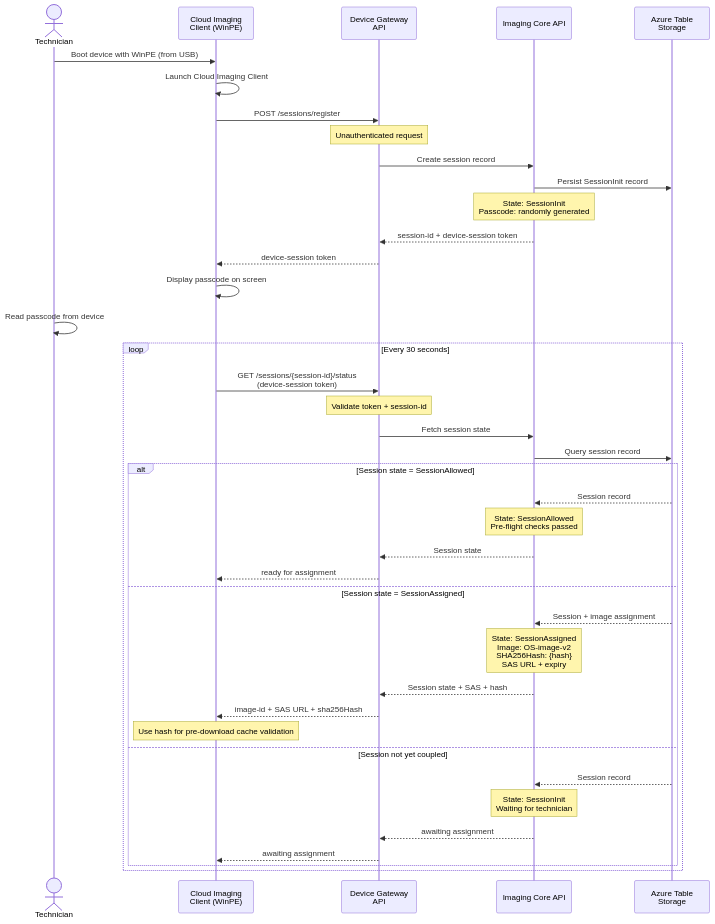
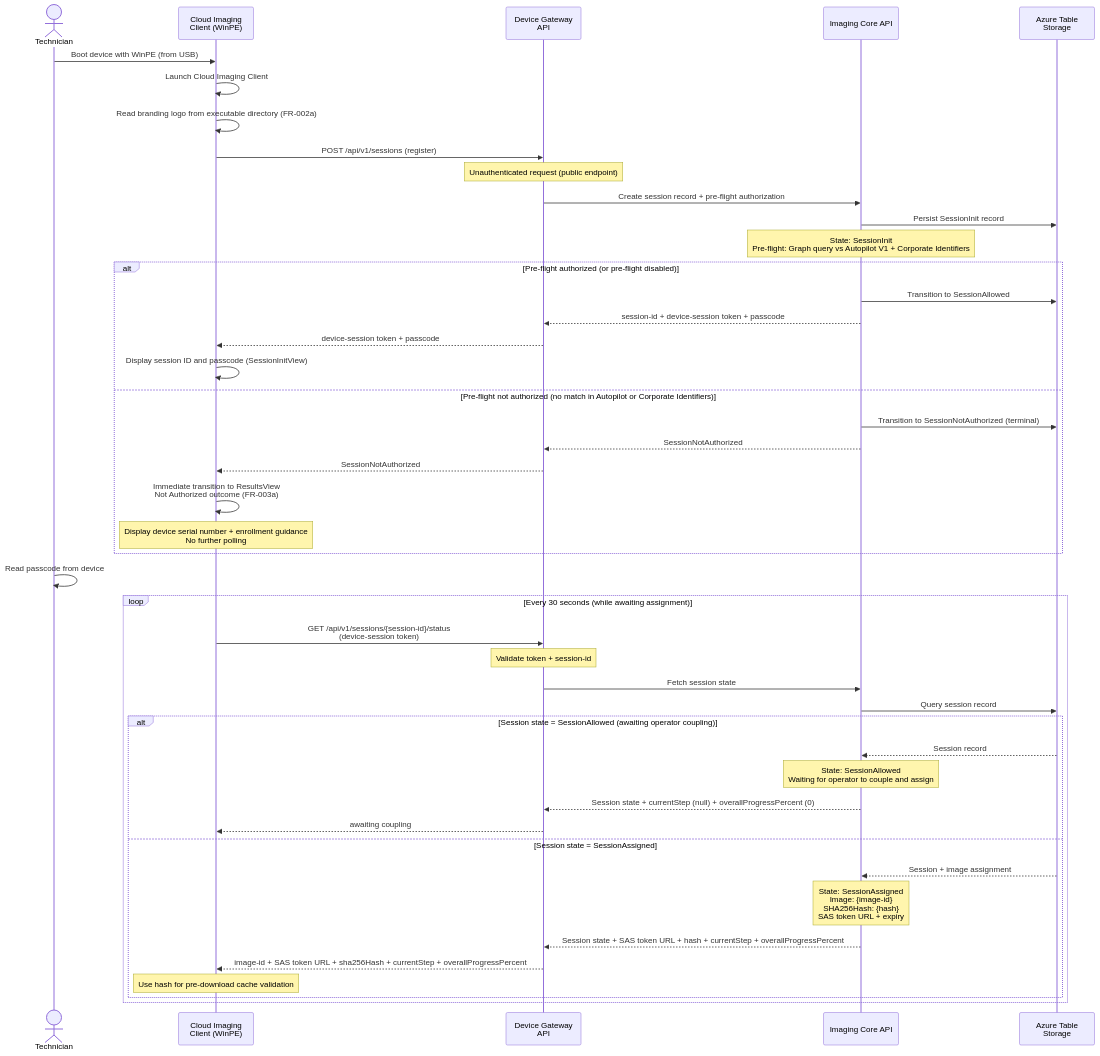
The diagram in specs/001-cloud-windows-imaging/diagrams/device-session-init-and-polling.md (MSEndpointMgr/CloudImaging), drawn with Mermaid before and after one commit. The commit also changed other lines of this file and 22 other files, not shown here.

````diff
--- a/specs/001-cloud-windows-imaging/diagrams/device-session-init-and-polling.md
+++ b/specs/001-cloud-windows-imaging/diagrams/device-session-init-and-polling.md
@@ -5,47 +5,52 @@
 ```mermaid
 sequenceDiagram
     actor Tech as Technician
     participant ClientWinPE as Cloud Imaging<br/>Client (WinPE)
     participant DeviceGW as Device Gateway<br/>API
     participant ImagingCore as Imaging Core API
     participant Storage as Azure Table<br/>Storage
 
     Tech->>ClientWinPE: Boot device with WinPE (from USB)
     ClientWinPE->>ClientWinPE: Launch Cloud Imaging Client
+    ClientWinPE->>ClientWinPE: Read branding logo from executable directory (FR-002a)
     
-    ClientWinPE->>DeviceGW: POST /sessions/register
-    Note over DeviceGW: Unauthenticated request
-    DeviceGW->>ImagingCore: Create session record
+    ClientWinPE->>DeviceGW: POST /api/v1/sessions (register)
+    Note over DeviceGW: Unauthenticated request (public endpoint)
+    DeviceGW->>ImagingCore: Create session record + pre-flight authorization
     ImagingCore->>Storage: Persist SessionInit record
-    Note over ImagingCore: State: SessionInit<br/>Passcode: randomly generated
+    Note over ImagingCore: State: SessionInit<br/>Pre-flight: Graph query vs Autopilot V1 + Corporate Identifiers
     
-    ImagingCore-->>DeviceGW: session-id + device-session token
-    DeviceGW-->>ClientWinPE: device-session token
-    ClientWinPE->>ClientWinPE: Display passcode on screen
+    alt Pre-flight authorized (or pre-flight disabled)
+        ImagingCore->>Storage: Transition to SessionAllowed
+        ImagingCore-->>DeviceGW: session-id + device-session token + passcode
+        DeviceGW-->>ClientWinPE: device-session token + passcode
+        ClientWinPE->>ClientWinPE: Display session ID and passcode (SessionInitView)
+    else Pre-flight not authorized (no match in Autopilot or Corporate Identifiers)
+        ImagingCore->>Storage: Transition to SessionNotAuthorized (terminal)
+        ImagingCore-->>DeviceGW: SessionNotAuthorized
+        DeviceGW-->>ClientWinPE: SessionNotAuthorized
+        ClientWinPE->>ClientWinPE: Immediate transition to ResultsView<br/>Not Authorized outcome (FR-003a)
+        Note over ClientWinPE: Display device serial number + enrollment guidance<br/>No further polling
+    end
     Tech->>Tech: Read passcode from device
     
-    loop Every 30 seconds
-        ClientWinPE->>DeviceGW: GET /sessions/{session-id}/status<br/>(device-session token)
+    loop Every 30 seconds (while awaiting assignment)
+        ClientWinPE->>DeviceGW: GET /api/v1/sessions/{session-id}/status<br/>(device-session token)
         Note over DeviceGW: Validate token + session-id
         DeviceGW->>ImagingCore: Fetch session state
         ImagingCore->>Storage: Query session record
         
-        alt Session state = SessionAllowed
+        alt Session state = SessionAllowed (awaiting operator coupling)
             Storage-->>ImagingCore: Session record
-            Note over ImagingCore: State: SessionAllowed<br/>Pre-flight checks passed
-            ImagingCore-->>DeviceGW: Session state
-            DeviceGW-->>ClientWinPE: ready for assignment
+            Note over ImagingCore: State: SessionAllowed<br/>Waiting for operator to couple and assign
+            ImagingCore-->>DeviceGW: Session state + currentStep (null) + overallProgressPercent (0)
+            DeviceGW-->>ClientWinPE: awaiting coupling
         else Session state = SessionAssigned
             Storage-->>ImagingCore: Session + image assignment
-            Note over ImagingCore: State: SessionAssigned<br/>Image: OS-image-v2<br/>SHA256Hash: {hash}<br/>SAS URL + expiry
-            ImagingCore-->>DeviceGW: Session state + SAS + hash
-            DeviceGW-->>ClientWinPE: image-id + SAS URL + sha256Hash
+            Note over ImagingCore: State: SessionAssigned<br/>Image: {image-id}<br/>SHA256Hash: {hash}<br/>SAS token URL + expiry
+            ImagingCore-->>DeviceGW: Session state + SAS token URL + hash + currentStep + overallProgressPercent
+            DeviceGW-->>ClientWinPE: image-id + SAS token URL + sha256Hash + currentStep + overallProgressPercent
             Note over ClientWinPE: Use hash for pre-download cache validation
-        else Session not yet coupled
-            Storage-->>ImagingCore: Session record
-            Note over ImagingCore: State: SessionInit<br/>Waiting for technician
-            ImagingCore-->>DeviceGW: awaiting assignment
-            DeviceGW-->>ClientWinPE: awaiting assignment
         end
     end
 ```
````
